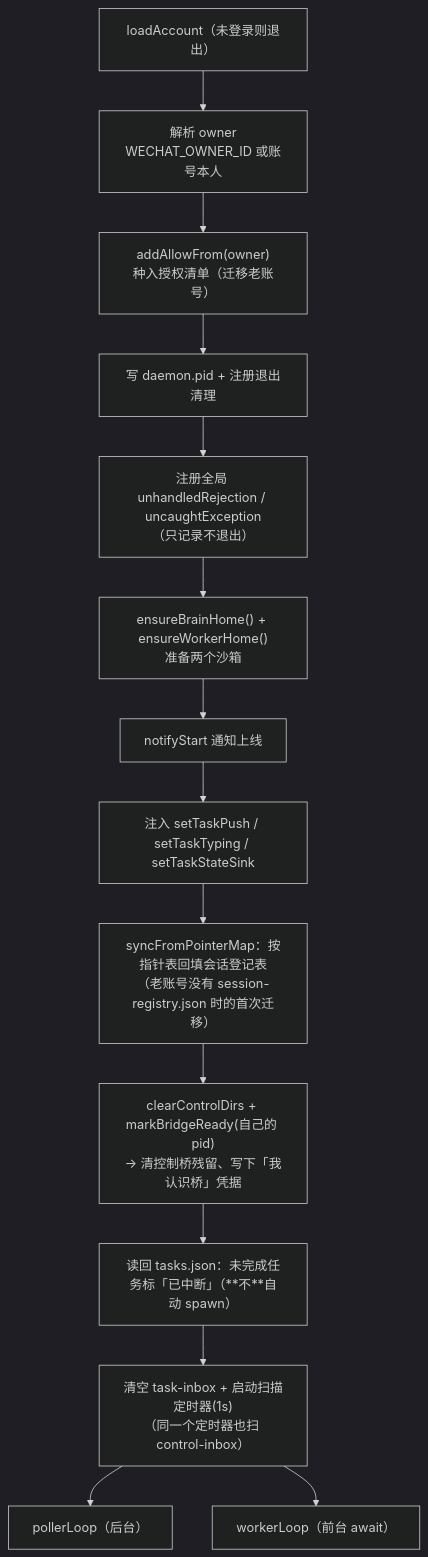
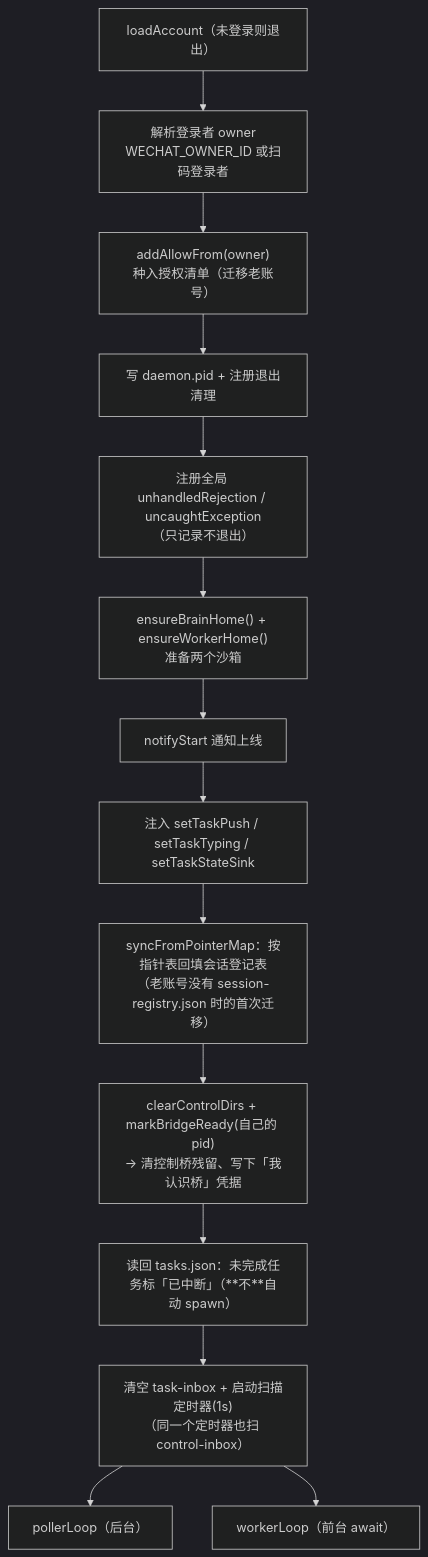
The first of 4 diagrams in docs/repowiki/05-守护进程-Daemon.md (imwangpan/WeMind), drawn with Mermaid (dark theme) before and after one commit. The commit also changed other lines of this file and 32 other files, not shown here.

````diff
--- a/docs/repowiki/05-守护进程-Daemon.md
+++ b/docs/repowiki/05-守护进程-Daemon.md
@@ -37,16 +37,16 @@
 ```mermaid
 graph TD
-    A["loadAccount（未登录则退出）"] --> B["解析 owner<br/>WECHAT_OWNER_ID 或账号本人"]
+    A["loadAccount（未登录则退出）"] --> B["解析登录者 owner<br/>WECHAT_OWNER_ID 或扫码登录者"]
     B --> C["addAllowFrom(owner)<br/>种入授权清单（迁移老账号）"]
     C --> D["写 daemon.pid + 注册退出清理"]
     D --> E["注册全局 unhandledRejection / uncaughtException<br/>（只记录不退出）"]
     E --> F["ensureBrainHome() + ensureWorkerHome()<br/>准备两个沙箱"]
     F --> G["notifyStart 通知上线"]
     G --> H["注入 setTaskPush / setTaskTyping / setTaskStateSink"]
     H --> I["syncFromPointerMap：按指针表回填会话登记表<br/>（老账号没有 session-registry.json 时的首次迁移）"]
     I --> J["clearControlDirs + markBridgeReady(自己的 pid)<br/>→ 清控制桥残留、写下「我认识桥」凭据"]
     J --> K["读回 tasks.json：未完成任务标「已中断」（**不**自动 spawn）"]
     K --> L["清空 task-inbox + 启动扫描定时器(1s)<br/>（同一个定时器也扫 control-inbox）"]
     L --> M["pollerLoop（后台）"]
     L --> N["workerLoop（前台 await）"]
 ```
````
